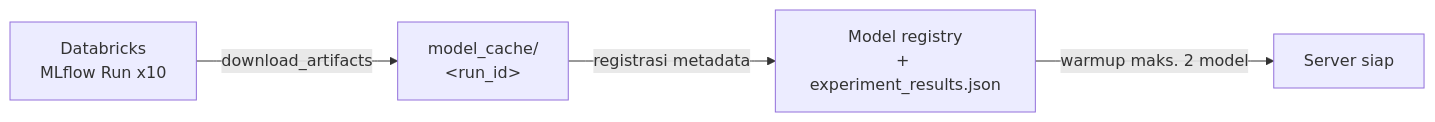
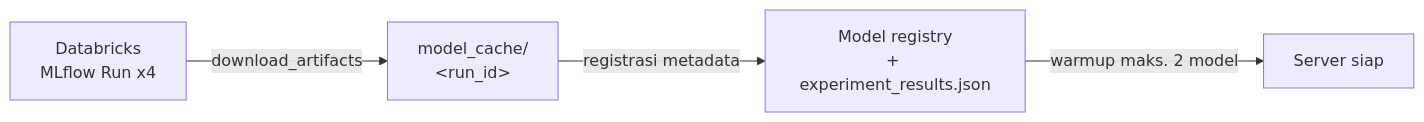
Before and after one commit to DerrickVericho/Receipt-Extraction-DONUT: the first of 2 diagrams in README.md, drawn with Mermaid. The commit also changed other lines of this file and 7 other files, not shown here.

````diff
--- a/README.md
+++ b/README.md
@@ -91,6 +99,6 @@
 ```mermaid
 flowchart LR
-    A[Databricks<br/>MLflow Run x10] -->|download_artifacts| B[model_cache/<br/>&lt;run_id&gt;]
+    A[Databricks<br/>MLflow Run x4] -->|download_artifacts| B[model_cache/<br/>&lt;run_id&gt;]
     B -->|registrasi metadata| C[Model registry<br/>+ experiment_results.json]
     C -->|warmup maks. 2 model| D[Server siap]
 ```
````
